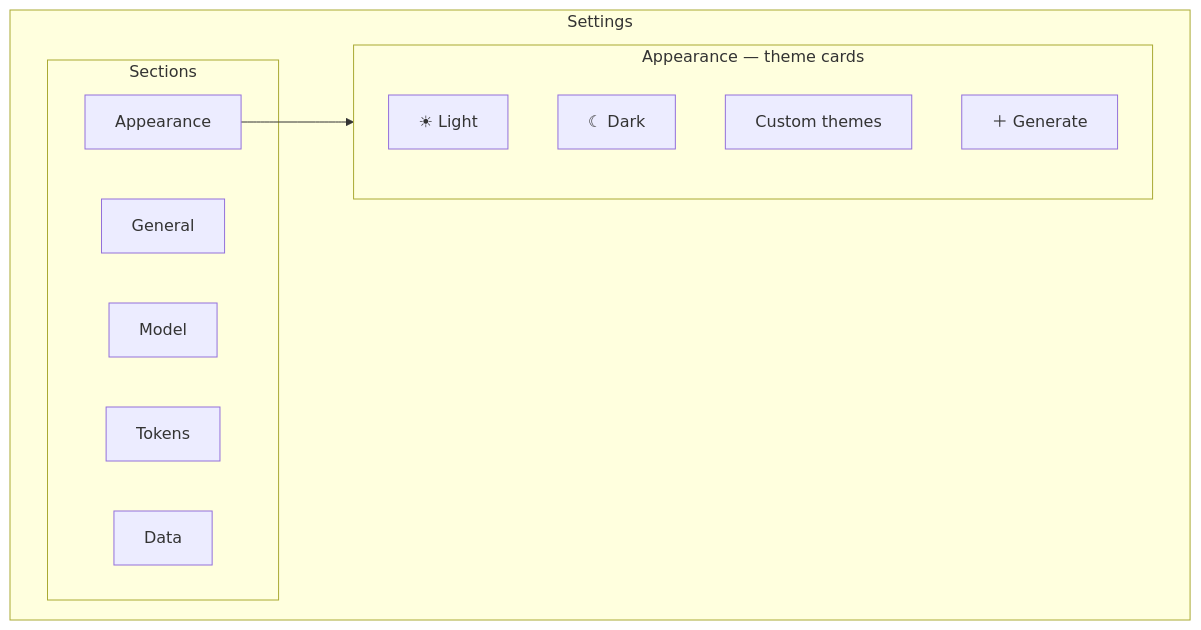
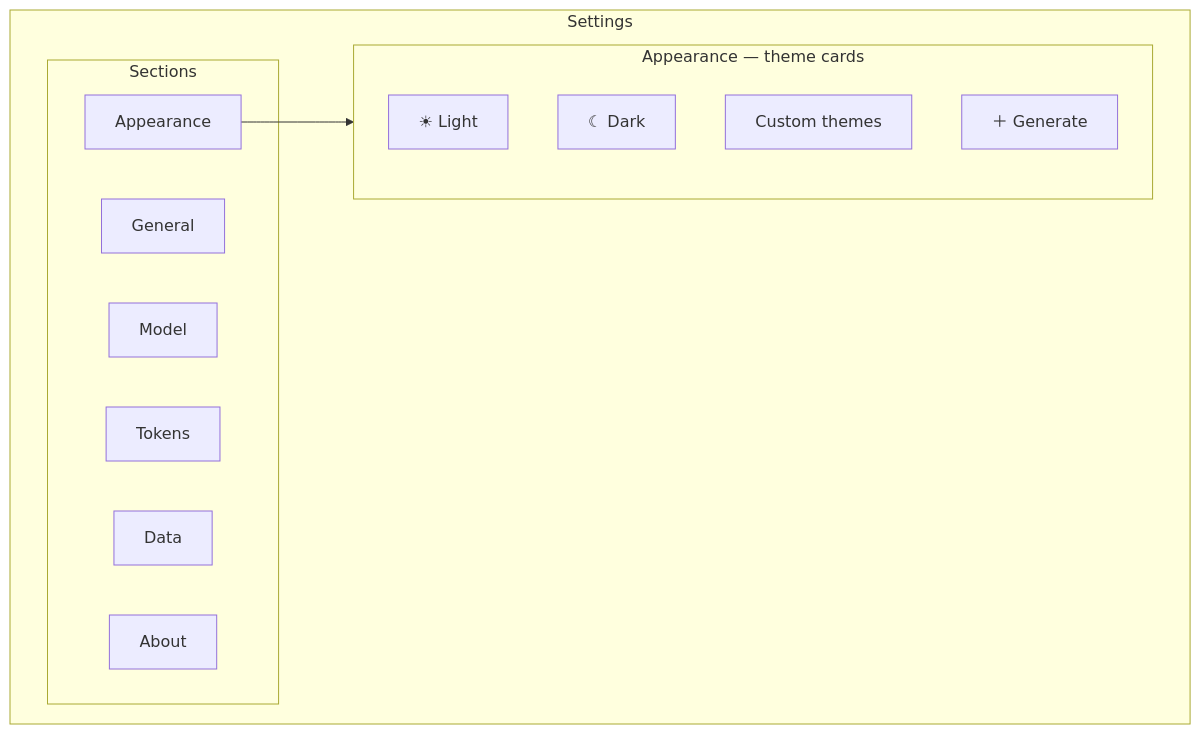
Before and after one commit to noname-isaidnoname/PuterGPT: the diagram in README.md, drawn with Mermaid. The commit also changed 6 other files, not shown here.

````diff
--- a/README.md
+++ b/README.md
@@ -27,20 +27,21 @@
 ```mermaid
 flowchart LR
     subgraph Settings
         direction LR
         subgraph Sections
             General
             Model
             Tokens
             Appearance
             Data
+            About
         end
         subgraph AppearancePanel["Appearance — theme cards"]
             Light["☀ Light"]
             Dark["☾ Dark"]
             Custom["Custom themes"]
             Generate["＋ Generate"]
         end
         Appearance --> AppearancePanel
     end
 ```
````
